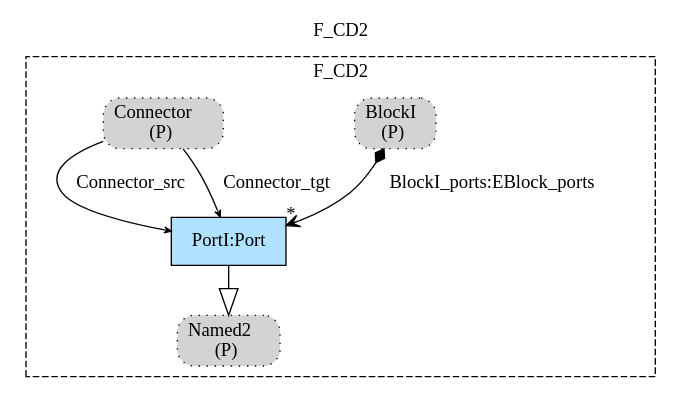
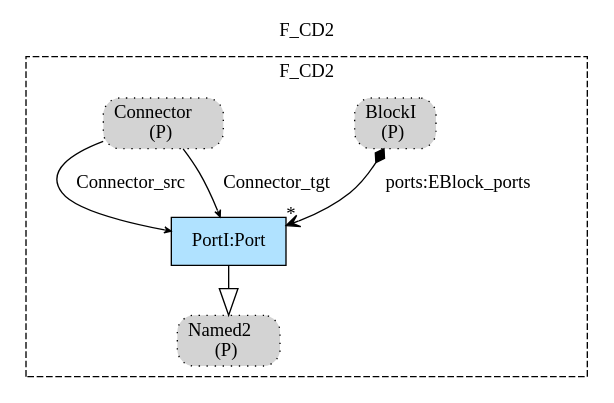
One commit to namalio/Fragmenta changed the diagram in Haskell/IntoSysML/MM/img/F_CD2.gv. Above: the diagram before and after it, drawn with Graphviz. The commit also changed 11 other files, not shown here.

```diff
--- a/Haskell/IntoSysML/MM/img/F_CD2.gv
+++ b/Haskell/IntoSysML/MM/img/F_CD2.gv
@@ -1,17 +1,17 @@
 digraph {graph[label=F_CD2,labelloc=tl,labelfontsize=12];
 subgraph cluster_F_CD2{style=dashed;label=F_CD2;
 "PNamed2"[shape=box,fillcolor=lightgray,style ="rounded,filled,dotted",label=<Named2<br/>(P)>];
 "PortI"[shape=record,fillcolor=lightskyblue1,style = filled,label="PortI:Port"];
 "PBlockI"[shape=box,fillcolor=lightgray,style ="rounded,filled,dotted",label=<BlockI<br/>(P)>];
 "PConnector"[shape=box,fillcolor=lightgray,style ="rounded,filled,dotted",label=<Connector<br/>(P)>];
 
-"PBlockI"->"PortI"[label="BlockI_ports:EBlock_ports",arrowhead=vee,arrowtail=diamond,dir=both,headlabel="*"];
+"PBlockI"->"PortI"[label="ports:EBlock_ports",arrowhead=vee,arrowtail=diamond,dir=both,headlabel="*"];
 "PortI"->"PNamed2"[arrowhead=onormal,arrowsize=2.0];
 "PConnector"->"PortI"[label="Connector_src",arrowhead=vee,headlabel="",arrowsize=.5];
 "PConnector"->"PortI"[label="Connector_tgt",arrowhead=vee,headlabel="",arrowsize=.5];
 
 }
 
 
 
 }
```
